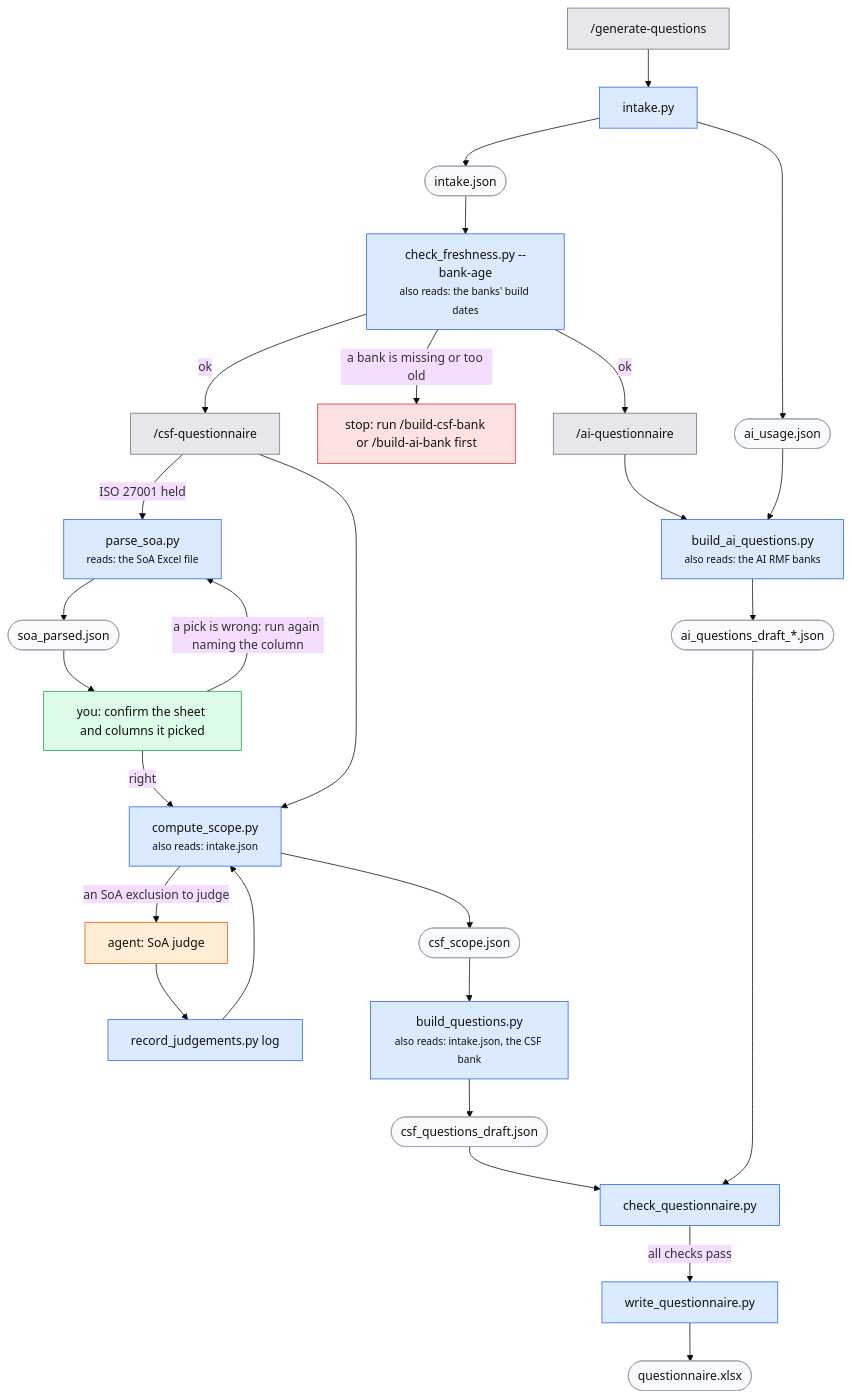
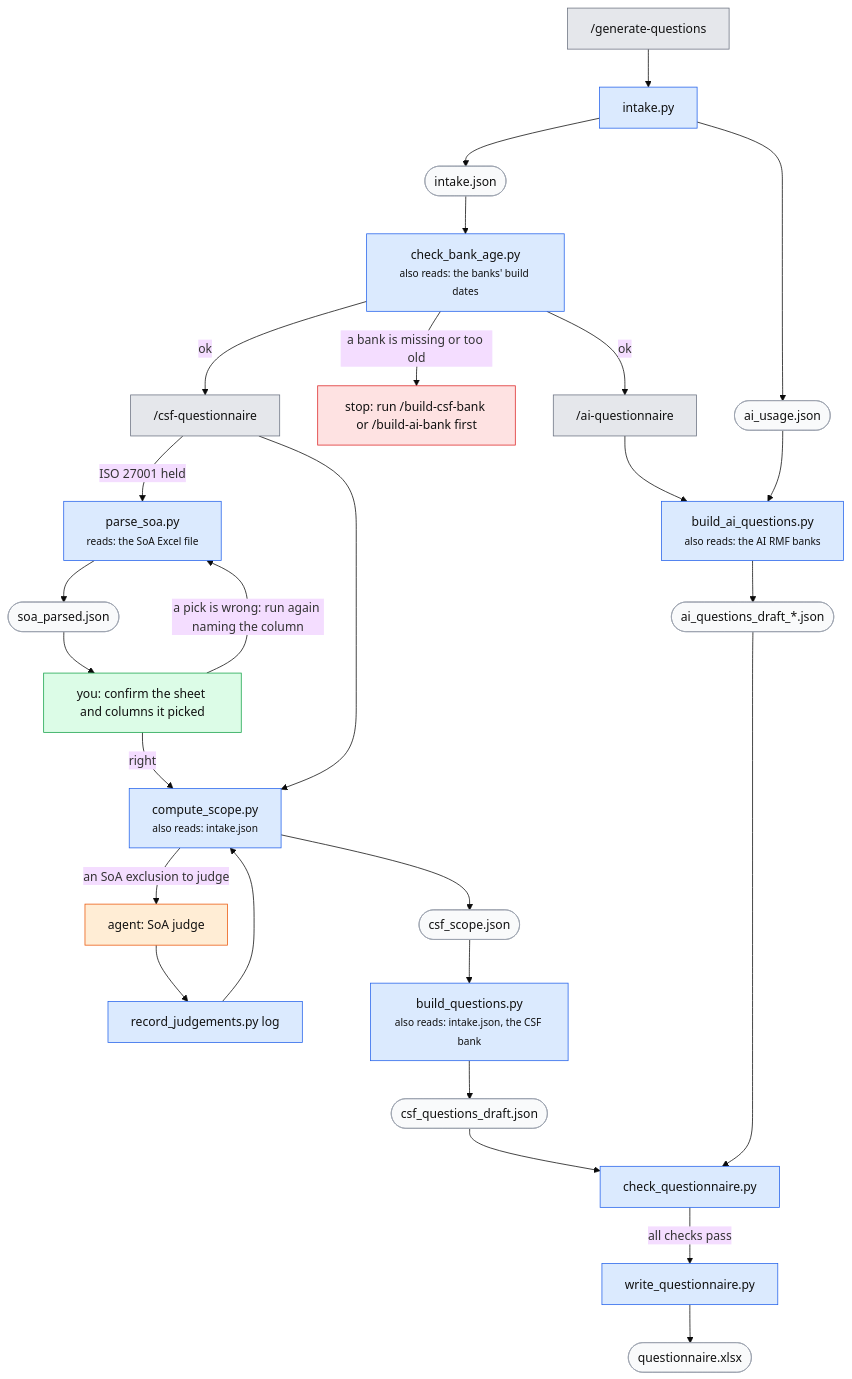
One commit to srilekha82/csf-ai-self-assessment changed the first of 3 diagrams in docs/guide.md. Above: the diagram before and after it, drawn with Mermaid (base theme). The commit also changed other lines of this file and 6 other files, not shown here.

First line of the commit message:
Client run's bank age check gets its own small script

````diff
--- a/docs/guide.md
+++ b/docs/guide.md
@@ -108,35 +108,35 @@
 ```mermaid
 flowchart TD
     GQ["/generate-questions"]:::cmd --> IN[intake.py]:::script
     IN --> INT([intake.json]):::file
     IN --> USE([ai_usage.json]):::file
-    INT --> AGE["check_freshness.py --bank-age<br/><small>also reads: the banks' build dates</small>"]:::script
+    INT --> AGE["check_bank_age.py<br/><small>also reads: the banks' build dates</small>"]:::script
     AGE -- "a bank is missing or too old" --> STOP["stop: run /build-csf-bank or /build-ai-bank first"]:::stop
     AGE -- ok --> CQ["/csf-questionnaire"]:::cmd
     AGE -- ok --> AQ["/ai-questionnaire"]:::cmd
 
     CQ -- "ISO 27001 held" --> SOA["parse_soa.py<br/><small>reads: the SoA Excel file</small>"]:::script --> SOAJ([soa_parsed.json]):::file
     SOAJ --> OK1["you: confirm the sheet and columns it picked"]:::you
     OK1 -- "a pick is wrong: run again naming the column" --> SOA
     OK1 -- right --> SC["compute_scope.py<br/><small>also reads: intake.json</small>"]:::script
     CQ --> SC
     SC -- "an SoA exclusion to judge" --> J["agent: SoA judge"]:::agent --> RJ[record_judgements.py log]:::script --> SC
     SC --> SCJ([csf_scope.json]):::file --> BQ["build_questions.py<br/><small>also reads: intake.json, the CSF bank</small>"]:::script
     BQ --> CD([csf_questions_draft.json]):::file
 
     AQ --> BAQ["build_ai_questions.py<br/><small>also reads: the AI RMF banks</small>"]:::script
     USE --> BAQ
     BAQ --> AD([ai_questions_draft_*.json]):::file
 
     CD --> CHK[check_questionnaire.py]:::script
     AD --> CHK
     CHK -- "all checks pass" --> WQ[write_questionnaire.py]:::script --> X([questionnaire.xlsx]):::file
 
     classDef cmd fill:#e5e7eb,stroke:#6b7280,color:#111
     classDef script fill:#dbeafe,stroke:#2563eb,color:#111
     classDef agent fill:#ffedd5,stroke:#ea580c,color:#111
     classDef you fill:#dcfce7,stroke:#16a34a,color:#111
     classDef file fill:#f9fafb,stroke:#9ca3af,color:#111
     classDef stop fill:#fee2e2,stroke:#dc2626,color:#111
     classDef you fill:#dcfce7,stroke:#16a34a,color:#111
 ```
````
